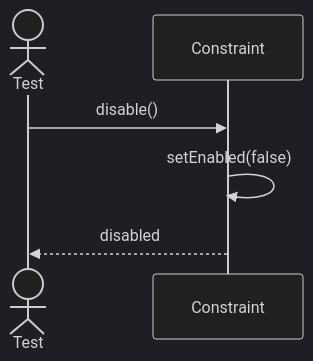
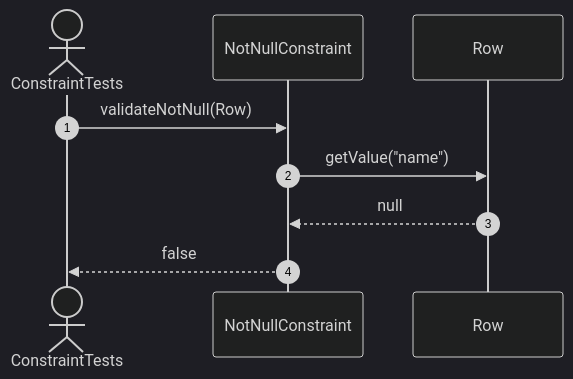
Before and after one commit to FhuAnn/-bbv-AN-s-DBMS: diagram 11 of 16 in src/tests/unit/metadata/sequences/constraint-testing.se.md, drawn with Mermaid (dark theme). The commit also changed other lines of this file and 60 other files, not shown here.

Commit message:
refactor data table, row, column, constraint, index test file

````diff
--- a/src/tests/unit/metadata/sequences/constraint-testing.se.md
+++ b/src/tests/unit/metadata/sequences/constraint-testing.se.md
@@ -207,11 +178,12 @@
 ```mermaid
 sequenceDiagram
-actor Test
-participant Constraint
+    autonumber
+    actor Test as ConstraintTests
+    participant NotNull as NotNullConstraint
+    participant Row as Row
 
-Test->>Constraint: disable()
-
-Constraint->>Constraint: setEnabled(false)
-
-Constraint-->>Test: disabled
+    Test->>NotNull: validateNotNull(Row)
+    NotNull->>Row: getValue("name")
+    Row-->>NotNull: null
+    NotNull-->>Test: false
 ```
````
